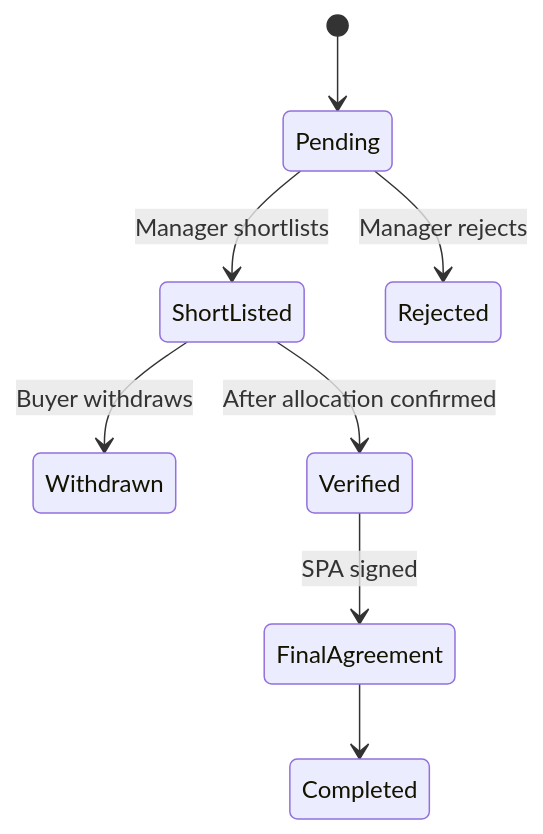
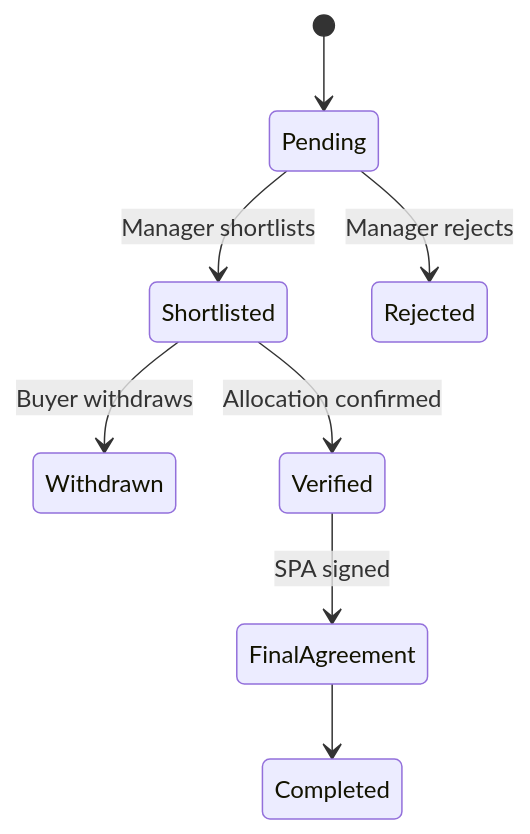
One commit to sampadadiwan/IRM_CompanyMain changed the fifth of 6 diagrams in docs/user_guides/secondary_sales_user_guide.md. Above: the diagram before and after it, drawn with Mermaid. The commit also changed other lines of this file and 21 other files, not shown here.

````diff
--- a/docs/user_guides/secondary_sales_user_guide.md
+++ b/docs/user_guides/secondary_sales_user_guide.md
@@ -228,10 +184,10 @@
 ```mermaid
 stateDiagram-v2
     [*] --> Pending
-    Pending --> ShortListed: Manager shortlists
+    Pending --> Shortlisted: Manager shortlists
     Pending --> Rejected: Manager rejects
-    ShortListed --> Withdrawn: Buyer withdraws
-    ShortListed --> Verified: After allocation confirmed
+    Shortlisted --> Withdrawn: Buyer withdraws
+    Shortlisted --> Verified: Allocation confirmed
     Verified --> FinalAgreement: SPA signed
     FinalAgreement --> Completed
 ```
````
